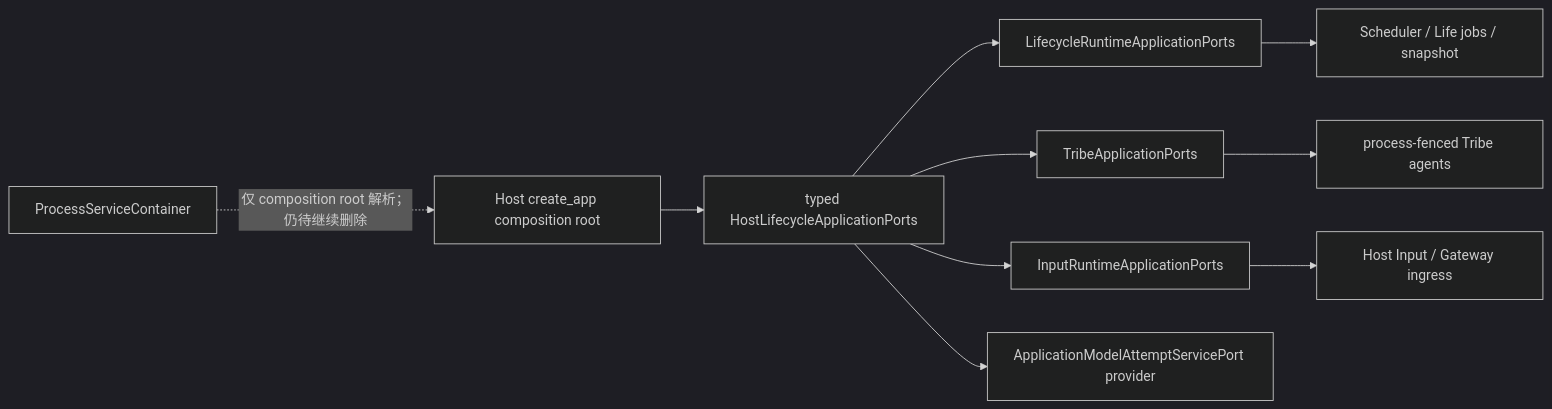
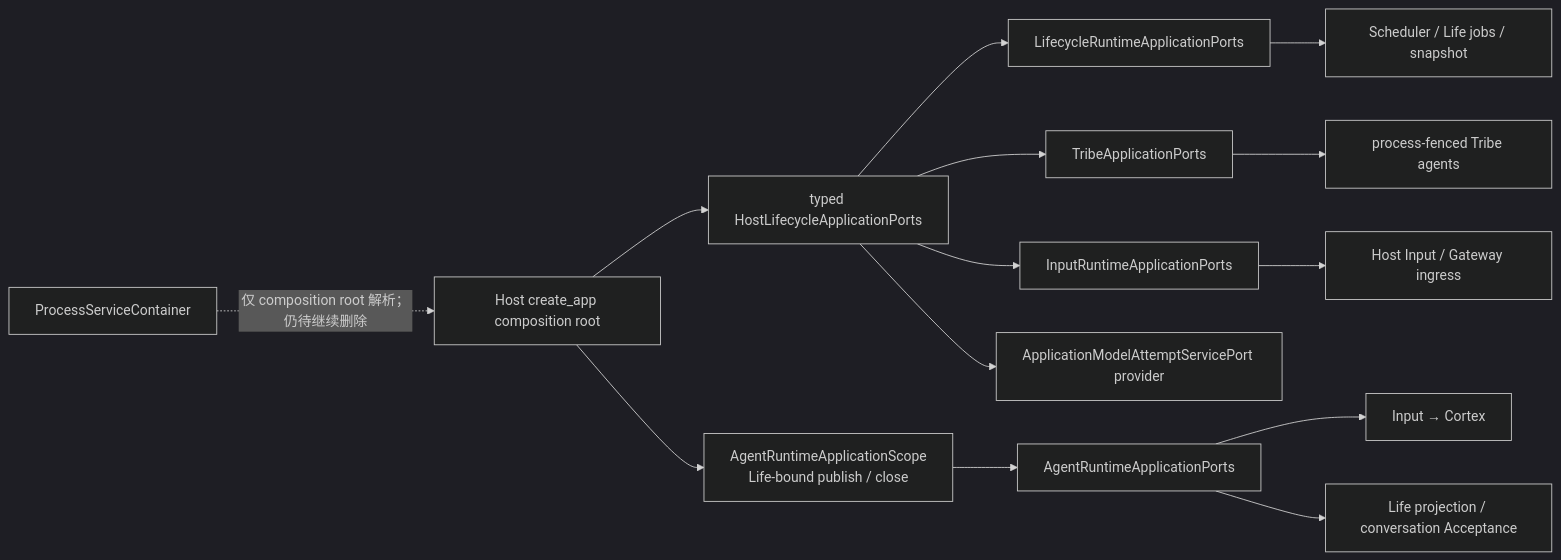
One commit to SakuraYoruno/Natsume_Ai changed the third of 14 diagrams in docs/50_project/arch/DATA_FLOW_ARCHITECTURE.md. Above: the diagram before and after it, drawn with Mermaid (dark theme). The commit also changed other lines of this file and 32 other files, not shown here.

Commit message:
重构：收敛 AgentRuntime 生命周期端口

````diff
--- a/docs/50_project/arch/DATA_FLOW_ARCHITECTURE.md
+++ b/docs/50_project/arch/DATA_FLOW_ARCHITECTURE.md
@@ -185,12 +188,16 @@
 ```mermaid
 flowchart LR
     ROOT["Host create_app composition root"] --> BUNDLE["typed HostLifecycleApplicationPorts"]
     BUNDLE --> LIFE["LifecycleRuntimeApplicationPorts"]
     BUNDLE --> TRIBE["TribeApplicationPorts"]
     BUNDLE --> INPUT["InputRuntimeApplicationPorts"]
     LIFE --> JOBS["Scheduler / Life jobs / snapshot"]
     TRIBE --> AGENTS["process-fenced Tribe agents"]
     INPUT --> INGRESS["Host Input / Gateway ingress"]
+    ROOT --> AGENT_SCOPE["AgentRuntimeApplicationScope\nLife-bound publish / close"]
+    AGENT_SCOPE --> AGENT_PORTS["AgentRuntimeApplicationPorts"]
+    AGENT_PORTS --> CORTEX["Input → Cortex"]
+    AGENT_PORTS --> EFFECTS["Life projection / conversation Acceptance"]
     BUNDLE --> MODEL["ApplicationModelAttemptServicePort provider"]
     LOCATOR["ProcessServiceContainer"] -. "仅 composition root 解析；仍待继续删除" .-> ROOT
 ```
````
